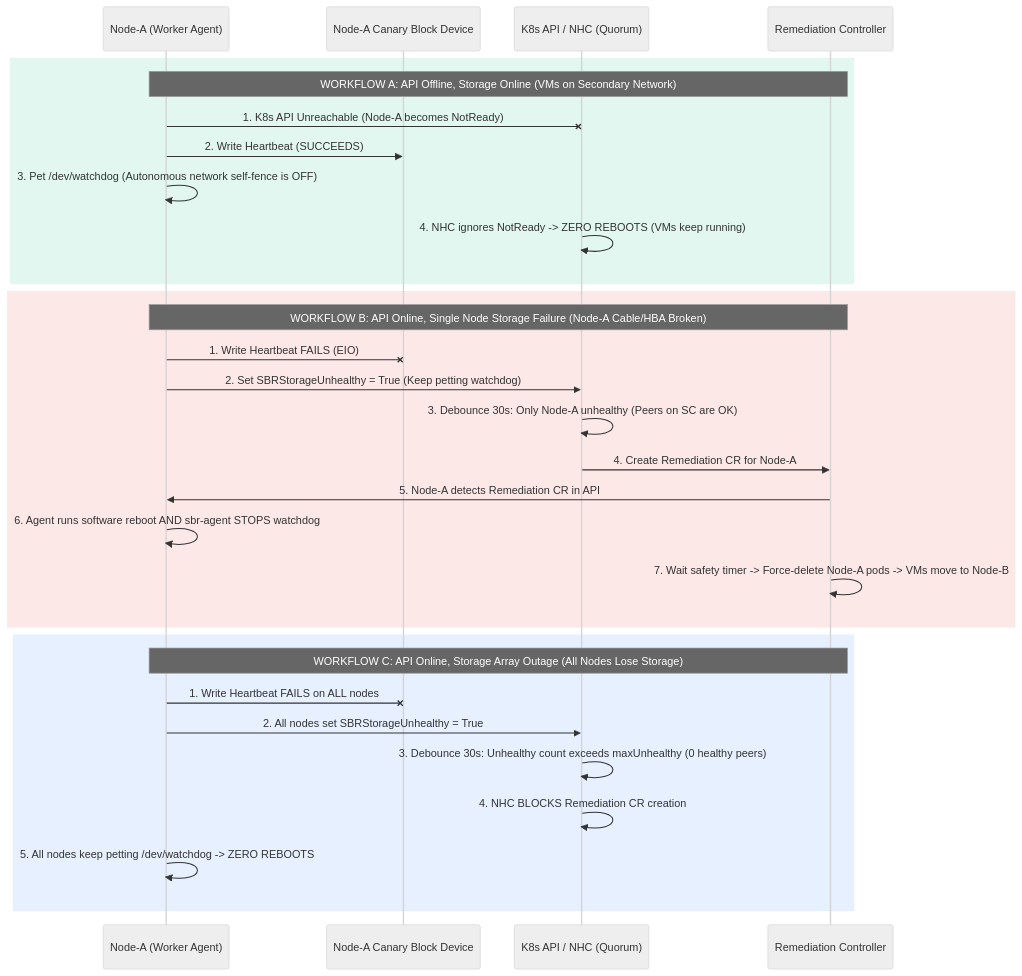
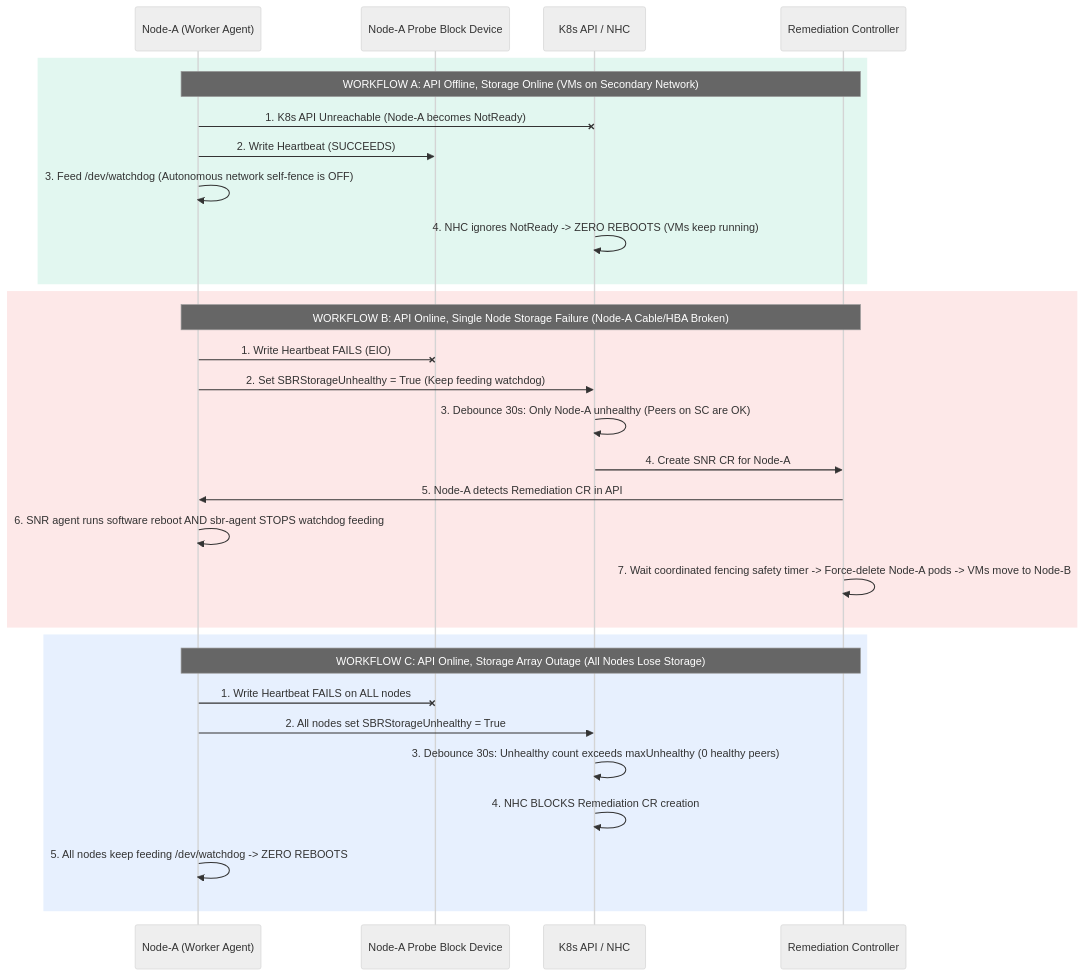
Before and after one commit to mpryc/storage-based-remediation: the fifth of 6 diagrams in docs/design/storage-arbitrated-remediation.md, drawn with Mermaid (neutral theme). The commit also changed other lines of this file, not shown here.

Commit message:
update sbr storage arbitrated remediation design doc

````diff
--- a/docs/design/storage-arbitrated-remediation.md
+++ b/docs/design/storage-arbitrated-remediation.md
@@ -270,35 +264,35 @@
 ```mermaid
 sequenceDiagram
   participant NodeA as Node-A (Worker Agent)
-  participant DiskA as Node-A Canary Block Device
-  participant API as K8s API / NHC (Quorum)
+  participant DiskA as Node-A Probe Block Device
+  participant API as K8s API / NHC
   participant SNRC as Remediation Controller
 
   rect rgba(16, 185, 129, 0.12)
     Note over NodeA,SNRC: WORKFLOW A: API Offline, Storage Online (VMs on Secondary Network)
     NodeA-xAPI: 1. K8s API Unreachable (Node-A becomes NotReady)
     NodeA->>DiskA: 2. Write Heartbeat (SUCCEEDS)
-    NodeA->>NodeA: 3. Pet /dev/watchdog (Autonomous network self-fence is OFF)
+    NodeA->>NodeA: 3. Feed /dev/watchdog (Autonomous network self-fence is OFF)
     API->>API: 4. NHC ignores NotReady -> ZERO REBOOTS (VMs keep running)
   end
 
   rect rgba(239, 68, 68, 0.12)
     Note over NodeA,SNRC: WORKFLOW B: API Online, Single Node Storage Failure (Node-A Cable/HBA Broken)
     NodeA-xDiskA: 1. Write Heartbeat FAILS (EIO)
-    NodeA->>API: 2. Set SBRStorageUnhealthy = True (Keep petting watchdog)
+    NodeA->>API: 2. Set SBRStorageUnhealthy = True (Keep feeding watchdog)
     API->>API: 3. Debounce 30s: Only Node-A unhealthy (Peers on SC are OK)
-    API->>SNRC: 4. Create Remediation CR for Node-A
+    API->>SNRC: 4. Create SNR CR for Node-A
     SNRC->>NodeA: 5. Node-A detects Remediation CR in API
-    NodeA->>NodeA: 6. Agent runs software reboot AND sbr-agent STOPS watchdog
-    SNRC->>SNRC: 7. Wait safety timer -> Force-delete Node-A pods -> VMs move to Node-B
+    NodeA->>NodeA: 6. SNR agent runs software reboot AND sbr-agent STOPS watchdog feeding
+    SNRC->>SNRC: 7. Wait coordinated fencing safety timer -> Force-delete Node-A pods -> VMs move to Node-B
   end
 
   rect rgba(59, 130, 246, 0.12)
     Note over NodeA,SNRC: WORKFLOW C: API Online, Storage Array Outage (All Nodes Lose Storage)
     NodeA-xDiskA: 1. Write Heartbeat FAILS on ALL nodes
     NodeA->>API: 2. All nodes set SBRStorageUnhealthy = True
     API->>API: 3. Debounce 30s: Unhealthy count exceeds maxUnhealthy (0 healthy peers)
     API->>API: 4. NHC BLOCKS Remediation CR creation
-    NodeA->>NodeA: 5. All nodes keep petting /dev/watchdog -> ZERO REBOOTS
+    NodeA->>NodeA: 5. All nodes keep feeding /dev/watchdog -> ZERO REBOOTS
   end
 ```
````
